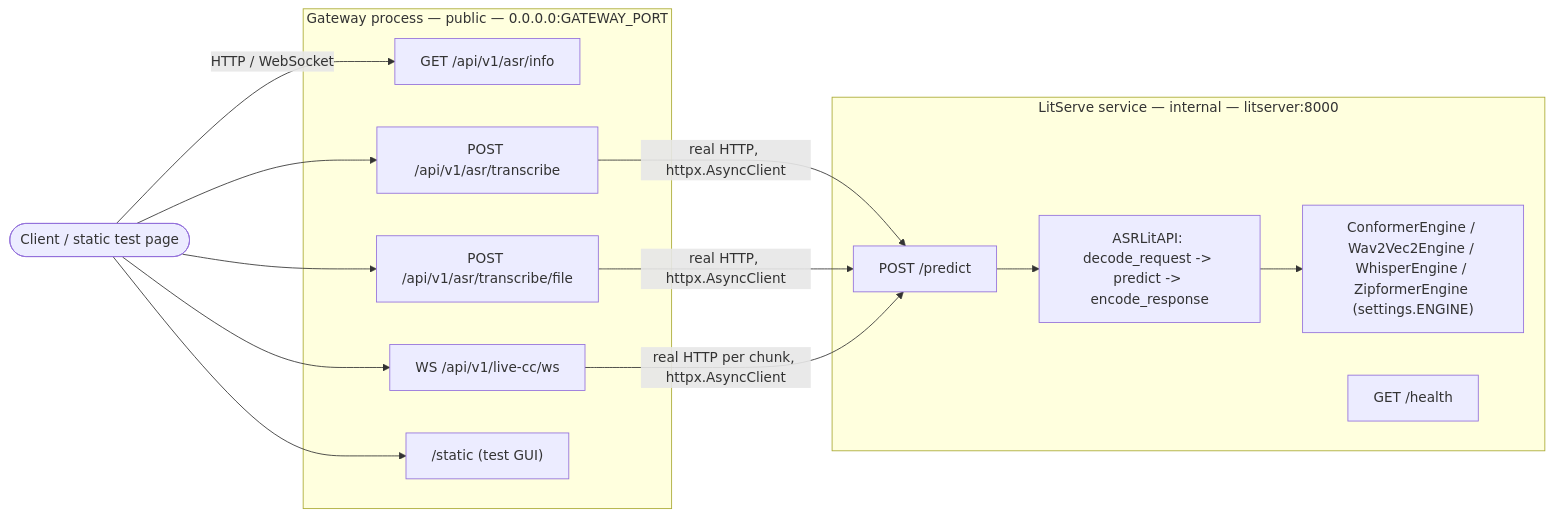
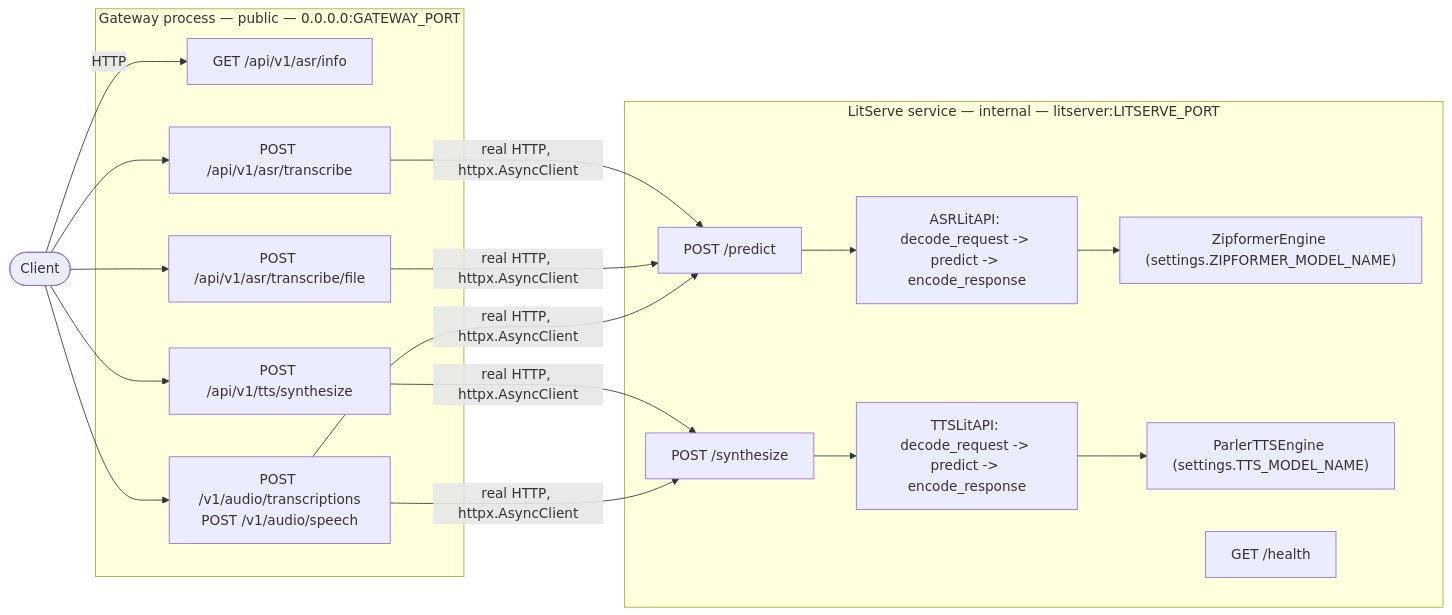
Before and after one commit to sayed-shaun/ec-asr-tts-service: the diagram in README.md, drawn with Mermaid. The commit also changed other lines of this file and 40 other files, not shown here.

First line of the commit message:
Add TTS, restructure around one ASR engine, and serve OpenAI-shaped routes

````diff
--- a/README.md
+++ b/README.md
@@ -56,30 +101,36 @@
 ```mermaid
 flowchart LR
-    Client(["Client / static test page"])
+    Client(["Client"])
 
     subgraph Gateway["Gateway process — public — 0.0.0.0:GATEWAY_PORT"]
         Info["GET /api/v1/asr/info"]
         Transcribe["POST /api/v1/asr/transcribe"]
         File["POST /api/v1/asr/transcribe/file"]
-        WS["WS /api/v1/live-cc/ws"]
-        Static["/static (test GUI)"]
+        Speak["POST /api/v1/tts/synthesize"]
+        OpenAI["POST /v1/audio/transcriptions<br/>POST /v1/audio/speech"]
     end
 
-    subgraph LitServe["LitServe service — internal — litserver:8000"]
+    subgraph LitServe["LitServe service — internal — litserver:LITSERVE_PORT"]
         Predict["POST /predict"]
         LitAPI["ASRLitAPI: decode_request -> predict -> encode_response"]
-        Engine["ConformerEngine / Wav2Vec2Engine / WhisperEngine / ZipformerEngine (settings.ENGINE)"]
+        Engine["ZipformerEngine (settings.ZIPFORMER_MODEL_NAME)"]
+        Synth["POST /synthesize"]
+        TtsAPI["TTSLitAPI: decode_request -> predict -> encode_response"]
+        TtsEngine["ParlerTTSEngine (settings.TTS_MODEL_NAME)"]
         Health["GET /health"]
     end
 
-    Client -->|HTTP / WebSocket| Info
+    Client -->|HTTP| Info
     Client --> Transcribe
     Client --> File
-    Client --> WS
-    Client --> Static
+    Client --> Speak
+    Client --> OpenAI
 
     Transcribe -->|real HTTP, httpx.AsyncClient| Predict
     File -->|real HTTP, httpx.AsyncClient| Predict
-    WS -->|real HTTP per chunk, httpx.AsyncClient| Predict
+    Speak -->|real HTTP, httpx.AsyncClient| Synth
+    OpenAI -->|real HTTP, httpx.AsyncClient| Predict
+    OpenAI -->|real HTTP, httpx.AsyncClient| Synth
     Predict --> LitAPI --> Engine
+    Synth --> TtsAPI --> TtsEngine
 ```
````
